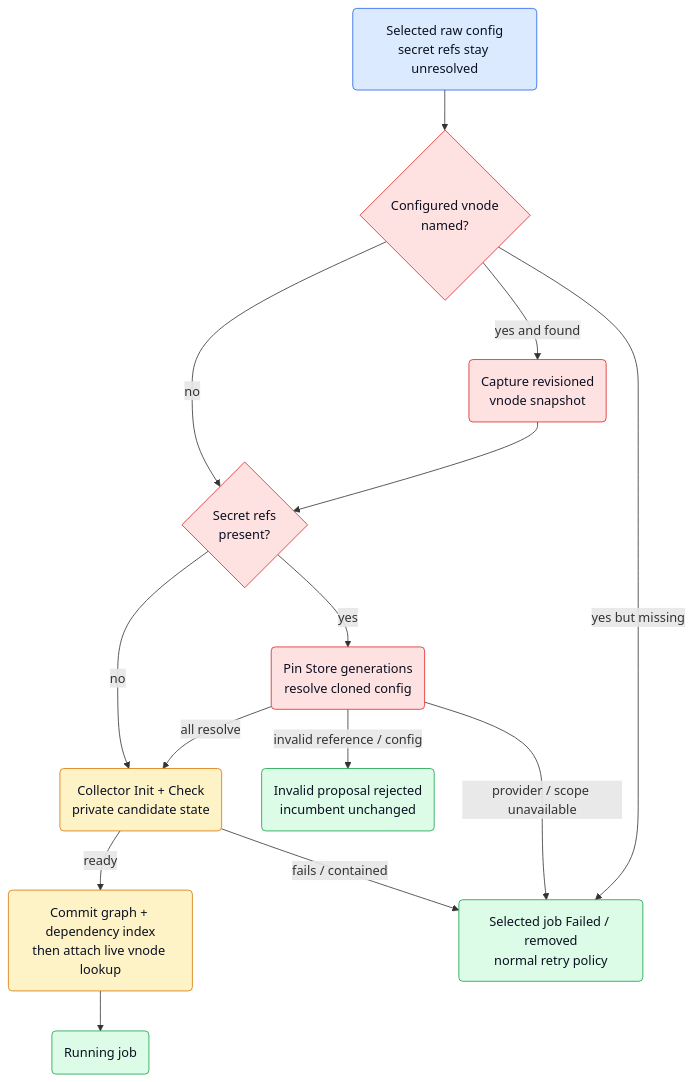
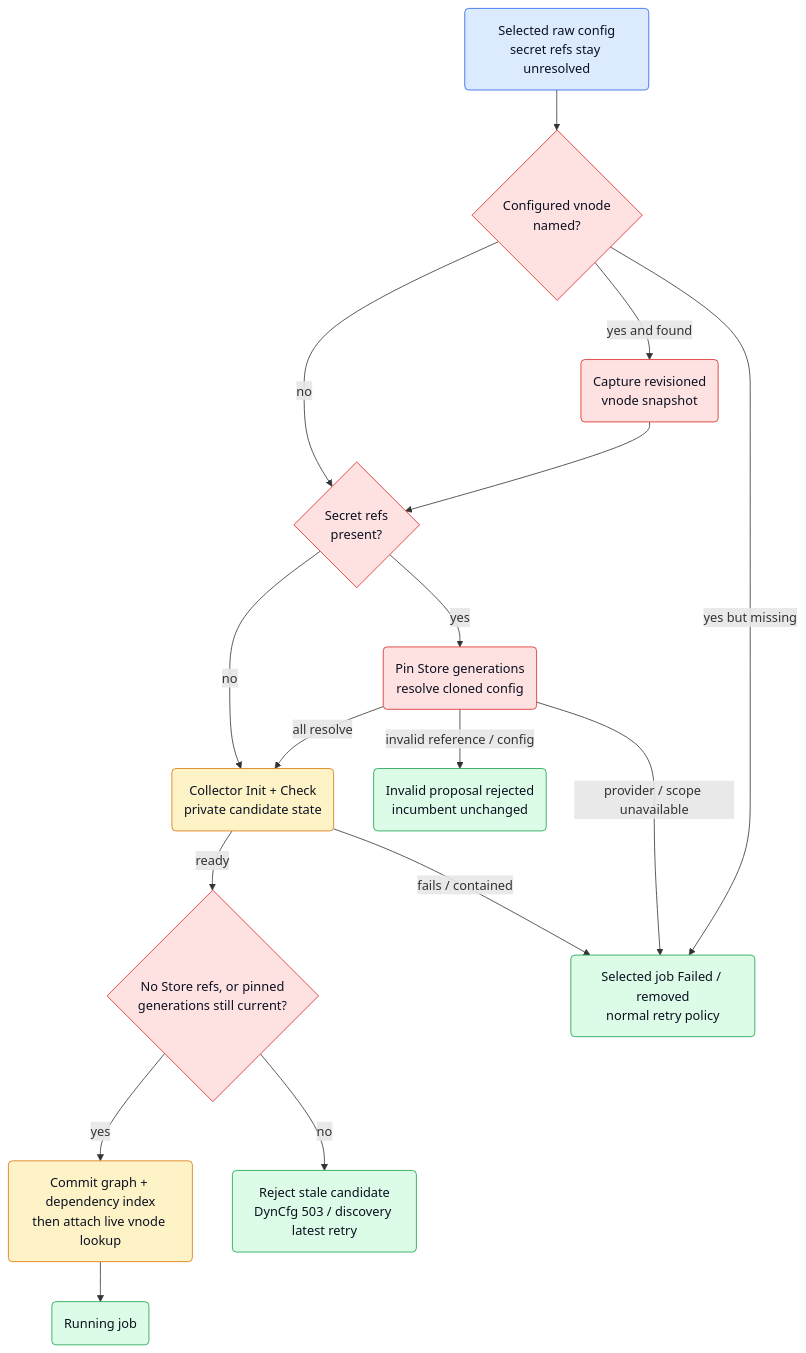
One commit to netdata/netdata changed the ninth of 11 diagrams in src/go/plugin/agent/jobmgr/ARCHITECTURE.md. Above: the diagram before and after it, drawn with Mermaid. The commit also changed other lines of this file and 16 other files, not shown here.

````diff
--- a/src/go/plugin/agent/jobmgr/ARCHITECTURE.md
+++ b/src/go/plugin/agent/jobmgr/ARCHITECTURE.md
@@ -737,34 +738,37 @@
 ```mermaid
 flowchart TD
     Raw("Selected raw config<br/>secret refs stay unresolved")
     Vnode{"Configured vnode<br/>named?"}
     Snapshot("Capture revisioned<br/>vnode snapshot")
     Secrets{"Secret refs<br/>present?"}
     Resolve("Pin Store generations<br/>resolve cloned config")
     Check("Collector Init + Check<br/>private candidate state")
+    Fresh{"No Store refs, or pinned<br/>generations still current?"}
     Settle("Commit graph + dependency index<br/>then attach live vnode lookup")
     Run("Running job")
     Transient("Selected job Failed / removed<br/>normal retry policy")
+    Retry("Reject stale candidate<br/>DynCfg 503 / discovery latest retry")
     Reject("Invalid proposal rejected<br/>incumbent unchanged")
 
     Raw --> Vnode
     Vnode -->|"yes and found"| Snapshot --> Secrets
     Vnode -->|"yes but missing"| Transient
     Vnode -->|"no"| Secrets
     Secrets -->|"yes"| Resolve
-    Resolve -->|"all resolve"| Check
+    Resolve -->|"all resolve"| Check -->|"ready"| Fresh
     Resolve -->|"provider / scope unavailable"| Transient
     Resolve -->|"invalid reference / config"| Reject
     Secrets -->|"no"| Check
-    Check -->|"ready"| Settle --> Run
     Check -->|"fails / contained"| Transient
+    Fresh -->|"yes"| Settle --> Run
+    Fresh -->|"no"| Retry
 
     classDef cfg fill:#dbeafe,stroke:#2563eb,color:#0b1021;
     classDef dep fill:#fee2e2,stroke:#dc2626,color:#0b1021;
     classDef core fill:#fef3c7,stroke:#d97706,color:#0b1021;
     classDef job fill:#dcfce7,stroke:#16a34a,color:#0b1021;
     class Raw cfg;
-    class Vnode,Snapshot,Secrets,Resolve dep;
+    class Vnode,Snapshot,Secrets,Resolve,Fresh dep;
     class Check,Settle core;
-    class Run,Transient,Reject job;
+    class Run,Transient,Retry,Reject job;
 ```
````
